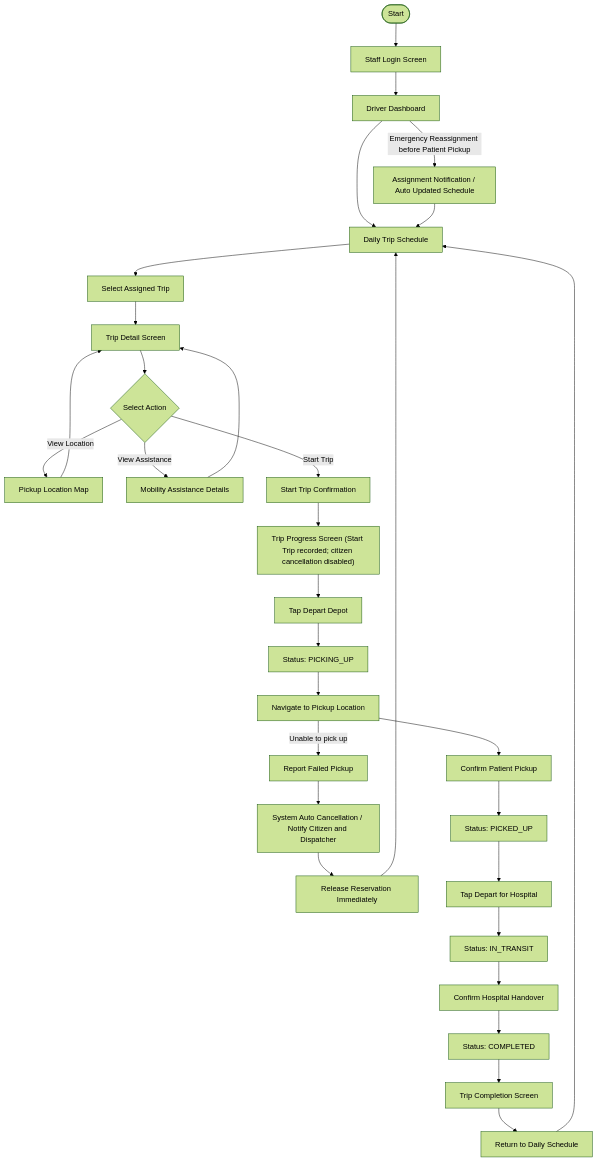
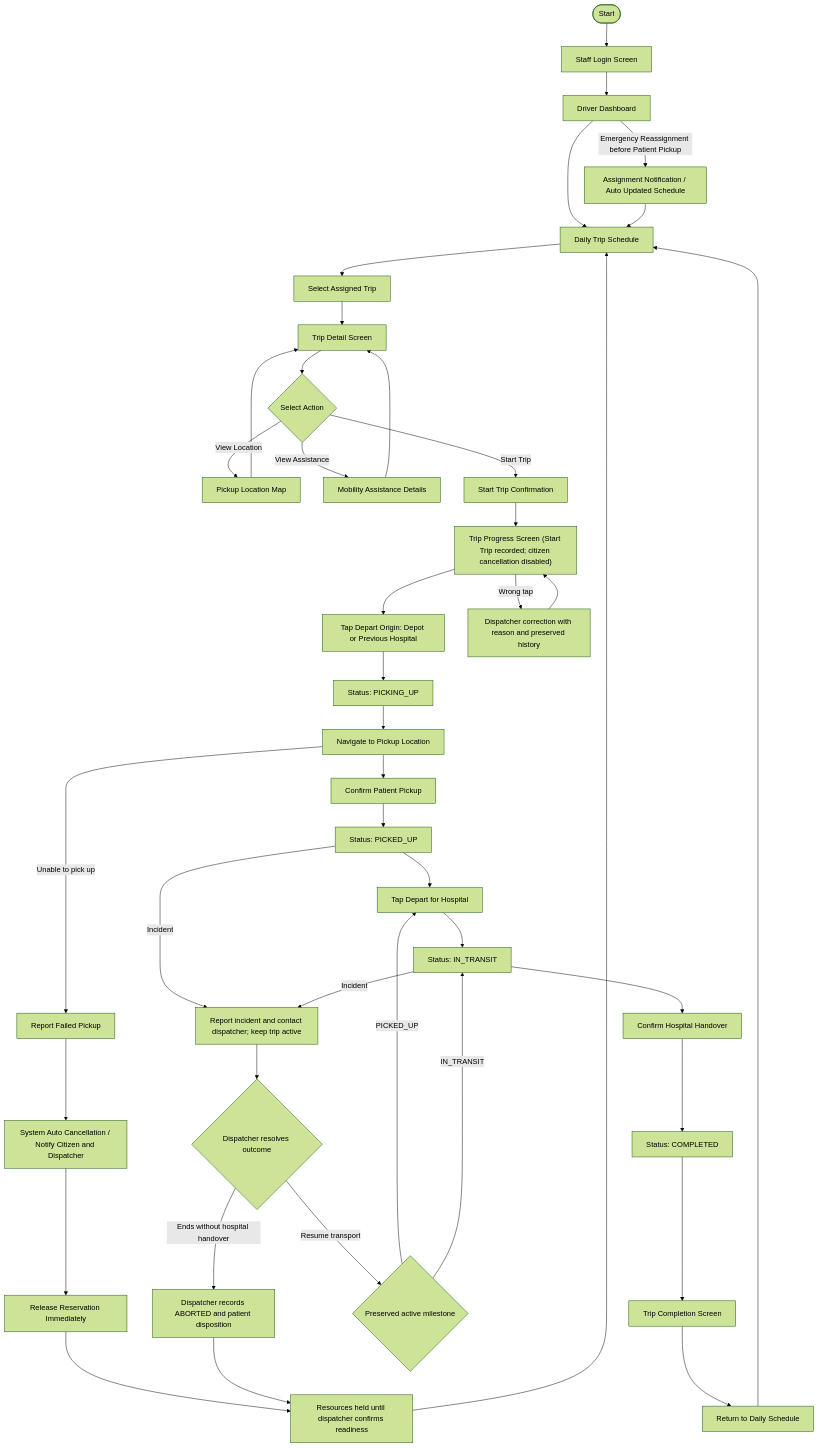
The diagram in reference_files/userflows/Driver.md (NITHIKORN-SUTTANU/Patient_Transfer_BanKlang), drawn with Mermaid (forest theme) before and after one commit. The commit also changed 214 other files, not shown here.

````diff
--- a/reference_files/userflows/Driver.md
+++ b/reference_files/userflows/Driver.md
@@ -2,35 +2,46 @@
 ```mermaid
 
 flowchart TD
     A([Start]) --> B["Staff Login Screen"]
     B --> C["Driver Dashboard"]
     C --> D["Daily Trip Schedule"]
     D --> E["Select Assigned Trip"]
     E --> F["Trip Detail Screen"]
     F --> G{"Select Action"}
     C -->|Emergency Reassignment before Patient Pickup| RA["Assignment Notification / Auto Updated Schedule"]
     RA --> D
     G -->|View Location| H["Pickup Location Map"]
     G -->|View Assistance| I["Mobility Assistance Details"]
     G -->|Start Trip| J["Start Trip Confirmation"]
     H --> F
     I --> F
     J --> K["Trip Progress Screen (Start Trip recorded; citizen cancellation disabled)"]
-    K --> L["Tap Depart Depot"]
+    K --> L["Tap Depart Origin: Depot or Previous Hospital"]
     L --> M["Status: PICKING_UP"]
     M --> N["Navigate to Pickup Location"]
     N --> O["Confirm Patient Pickup"]
     N -->|Unable to pick up| FA["Report Failed Pickup"]
     FA --> FB["System Auto Cancellation / Notify Citizen and Dispatcher"]
     FB --> FC["Release Reservation Immediately"]
-    FC --> D
+    FC --> HOLD["Resources held until dispatcher confirms readiness"]
+    HOLD --> D
     O --> P["Status: PICKED_UP"]
     P --> Q["Tap Depart for Hospital"]
     Q --> R["Status: IN_TRANSIT"]
     R --> S["Confirm Hospital Handover"]
     S --> T["Status: COMPLETED"]
     T --> U["Trip Completion Screen"]
     U --> V["Return to Daily Schedule"]
     V --> D
+    P -->|Incident| INC["Report incident and contact dispatcher; keep trip active"]
+    R -->|Incident| INC
+    INC --> DEC{"Dispatcher resolves outcome"}
+    DEC -->|Resume transport| RES{"Preserved active milestone"}
+    RES -->|PICKED_UP| Q
+    RES -->|IN_TRANSIT| R
+    DEC -->|Ends without hospital handover| AB["Dispatcher records ABORTED and patient disposition"]
+    AB --> HOLD
+    K -->|Wrong tap| CORR["Dispatcher correction with reason and preserved history"]
+    CORR --> K
 
 ```
````
